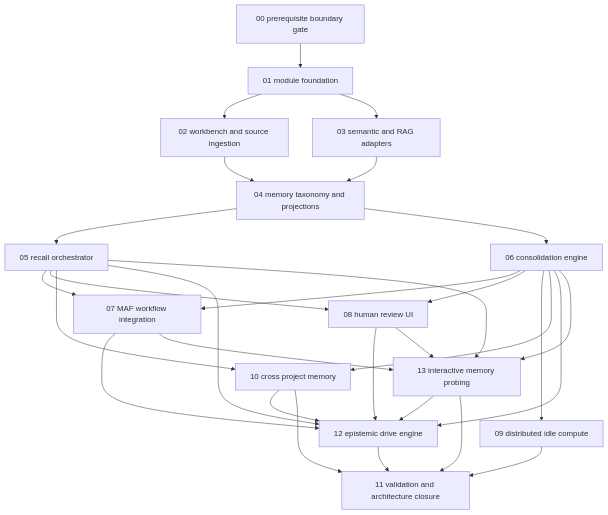
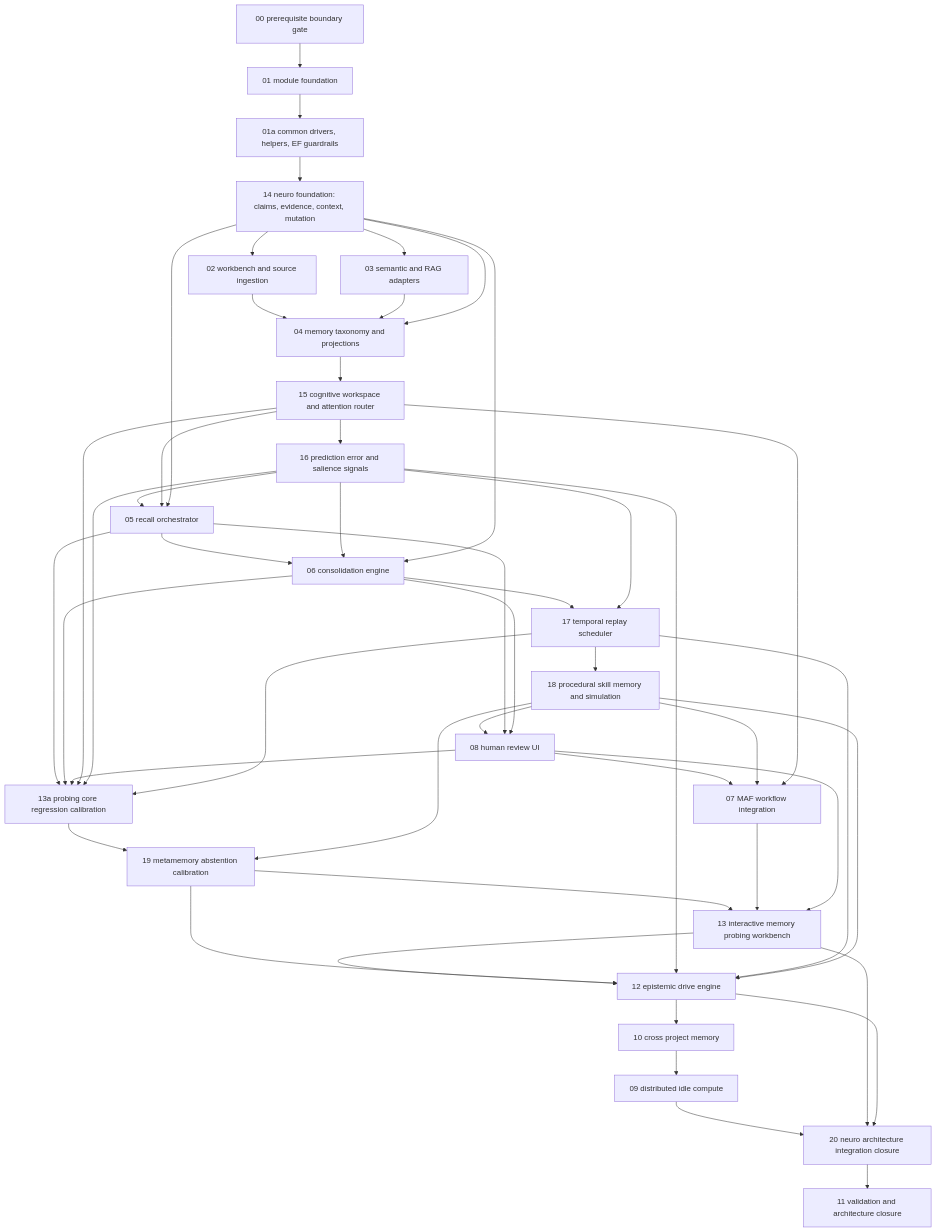
The diagram in codex/bundles/cognitive-memory-architecture-v2/plan/01-phase-plan.md (fyziktom/CanDoItAll), drawn with Mermaid before and after one commit. The commit also changed other lines of this file and 142 other files, not shown here.

````diff
--- a/codex/bundles/cognitive-memory-architecture-v2/plan/01-phase-plan.md
+++ b/codex/bundles/cognitive-memory-architecture-v2/plan/01-phase-plan.md
@@ -24,31 +44,50 @@
 ```mermaid
 flowchart TD
     S00["00 prerequisite boundary gate"] --> S01["01 module foundation"]
-    S01 --> S02["02 workbench and source ingestion"]
-    S01 --> S03["03 semantic and RAG adapters"]
+    S01 --> S01A["01a common drivers, helpers, EF guardrails"]
+    S01A --> S14["14 neuro foundation: claims, evidence, context, mutation"]
+    S14 --> S02["02 workbench and source ingestion"]
+    S14 --> S03["03 semantic and RAG adapters"]
     S02 --> S04["04 memory taxonomy and projections"]
     S03 --> S04
-    S04 --> S05["05 recall orchestrator"]
-    S04 --> S06["06 consolidation engine"]
-    S05 --> S07["07 MAF workflow integration"]
-    S06 --> S07
-    S05 --> S08["08 human review UI"]
+    S14 --> S04
+    S04 --> S15["15 cognitive workspace and attention router"]
+    S15 --> S16["16 prediction error and salience signals"]
+    S16 --> S05["05 recall orchestrator"]
+    S15 --> S05
+    S14 --> S05
+    S05 --> S06["06 consolidation engine"]
+    S16 --> S06
+    S14 --> S06
+    S06 --> S17["17 temporal replay scheduler"]
+    S16 --> S17
+    S17 --> S18["18 procedural skill memory and simulation"]
+    S18 --> S08["08 human review UI"]
+    S05 --> S08
     S06 --> S08
-    S06 --> S09["09 distributed idle compute"]
-    S05 --> S10["10 cross project memory"]
-    S06 --> S10
-    S05 --> S12["12 epistemic drive engine"]
-    S06 --> S12
-    S07 --> S12
-    S08 --> S12
-    S10 --> S12
-    S05 --> S13["13 interactive memory probing"]
-    S06 --> S13
+    S08 --> S07["07 MAF workflow integration"]
+    S18 --> S07
+    S15 --> S07
+    S05 --> S13A["13a probing core regression calibration"]
+    S06 --> S13A
+    S08 --> S13A
+    S15 --> S13A
+    S16 --> S13A
+    S17 --> S13A
+    S13A --> S19["19 metamemory abstention calibration"]
+    S18 --> S19
+    S19 --> S13["13 interactive memory probing workbench"]
     S07 --> S13
     S08 --> S13
-    S13 --> S12
-    S12 --> S11["11 validation and architecture closure"]
-    S09 --> S11
-    S10 --> S11
-    S13 --> S11
+    S13 --> S12["12 epistemic drive engine"]
+    S19 --> S12
+    S16 --> S12
+    S17 --> S12
+    S18 --> S12
+    S12 --> S10["10 cross project memory"]
+    S10 --> S09["09 distributed idle compute"]
+    S09 --> S20["20 neuro architecture integration closure"]
+    S13 --> S20
+    S12 --> S20
+    S20 --> S11["11 validation and architecture closure"]
 ```
````
